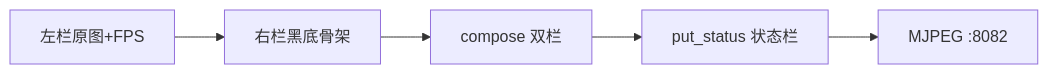
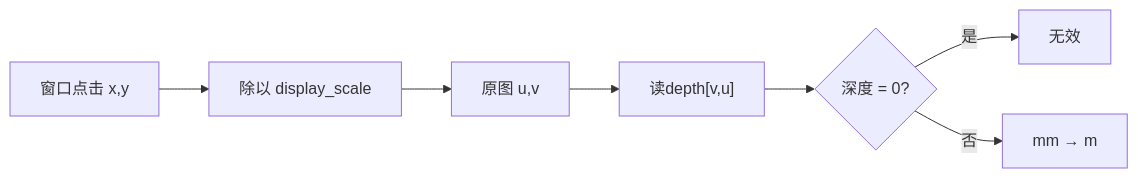
One commit to aibittek/course_generate_agent changed the fifth of 7 diagrams in courses/sheet1/robot_vision/_parts/experiment-10.md. Above: the diagram before and after it, drawn with Mermaid. The commit also changed other lines of this file and 98 other files, not shown here.

````diff
--- a/courses/sheet1/robot_vision/_parts/experiment-10.md
+++ b/courses/sheet1/robot_vision/_parts/experiment-10.md
@@ -370,7 +323,9 @@
 ```mermaid
 graph LR
-    A[左栏原图+FPS] --> B[右栏黑底骨架]
-    B --> C[compose 双栏]
-    C --> D[put_status 状态栏]
-    D --> E[MJPEG :8082]
+    A[窗口点击 x,y] --> B[除以 display_scale]
+    B --> C[原图 u,v]
+    C --> D["读depth[v,u]"]
+    D --> E{深度 = 0?}
+    E -->|是| F[无效]
+    E -->|否| G[mm → m]
 ```
````
